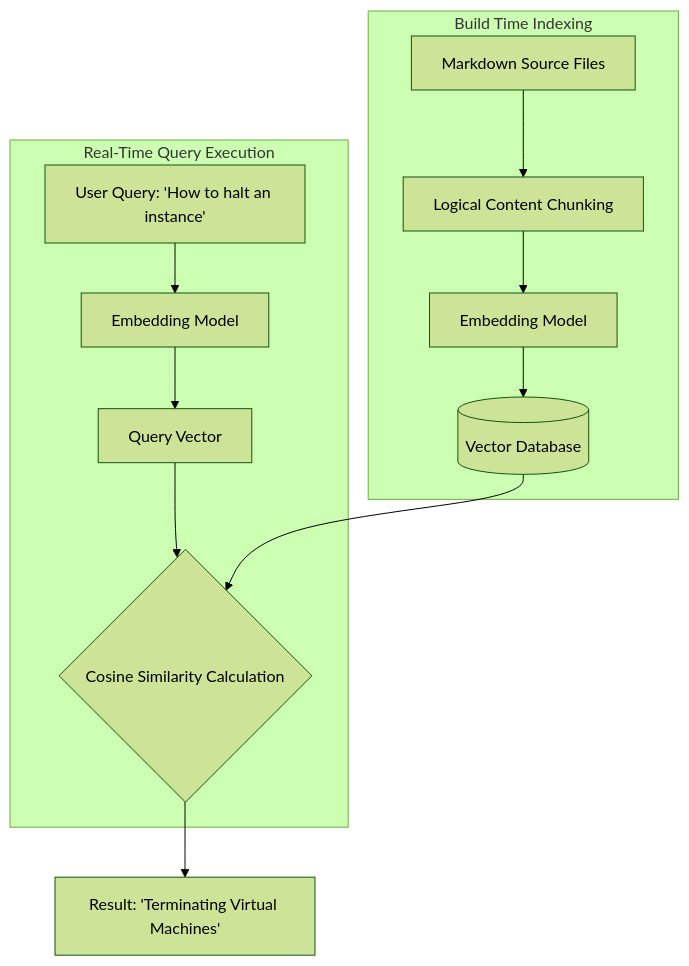
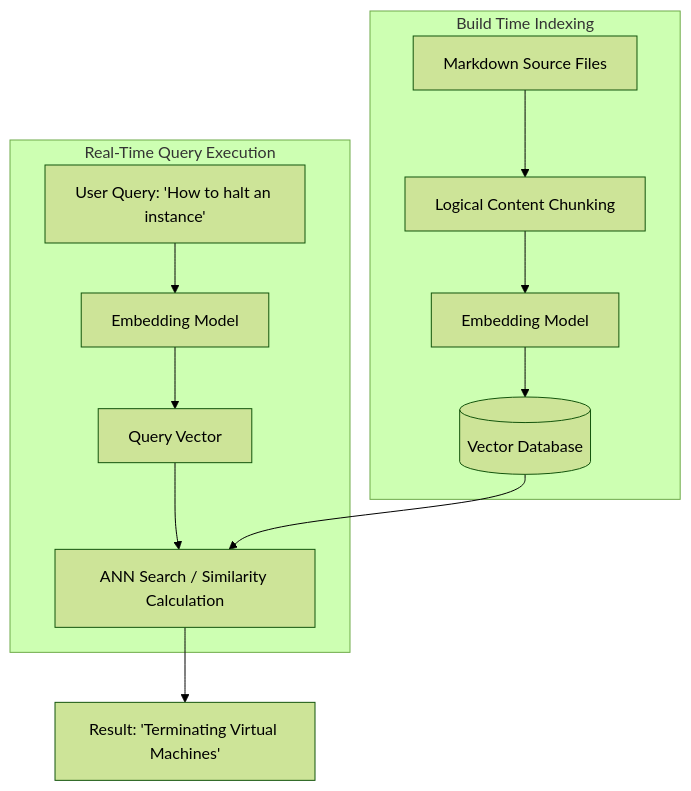
Before and after one commit to vaishvanara/techwritingkb: the diagram in docs/industry-terms/neural-search.md, drawn with Mermaid (forest theme). The commit also changed other lines of this file and 51 other files, not shown here.

````diff
--- a/docs/industry-terms/neural-search.md
+++ b/docs/industry-terms/neural-search.md
@@ -41,17 +41,17 @@
 ```mermaid
 graph TD
     subgraph Build Time Indexing
         DocSource[Markdown Source Files] --> TextChunk[Logical Content Chunking]
         TextChunk --> EmbedModel[Embedding Model]
         EmbedModel --> VectorStore[(Vector Database)]
     end
 
     subgraph Real-Time Query Execution
         UserQuery[User Query: 'How to halt an instance'] --> RealTimeModel[Embedding Model]
         RealTimeModel --> QueryVector[Query Vector]
-        QueryVector --> SimilarityMatch{Cosine Similarity Calculation}
+        QueryVector --> ANN[ANN Search / Similarity Calculation]
     end
 
-    VectorStore --> SimilarityMatch
-    SimilarityMatch --> SemanticResults[Result: 'Terminating Virtual Machines']
+    VectorStore --> ANN
+    ANN --> SemanticResults[Result: 'Terminating Virtual Machines']
 ```
````
